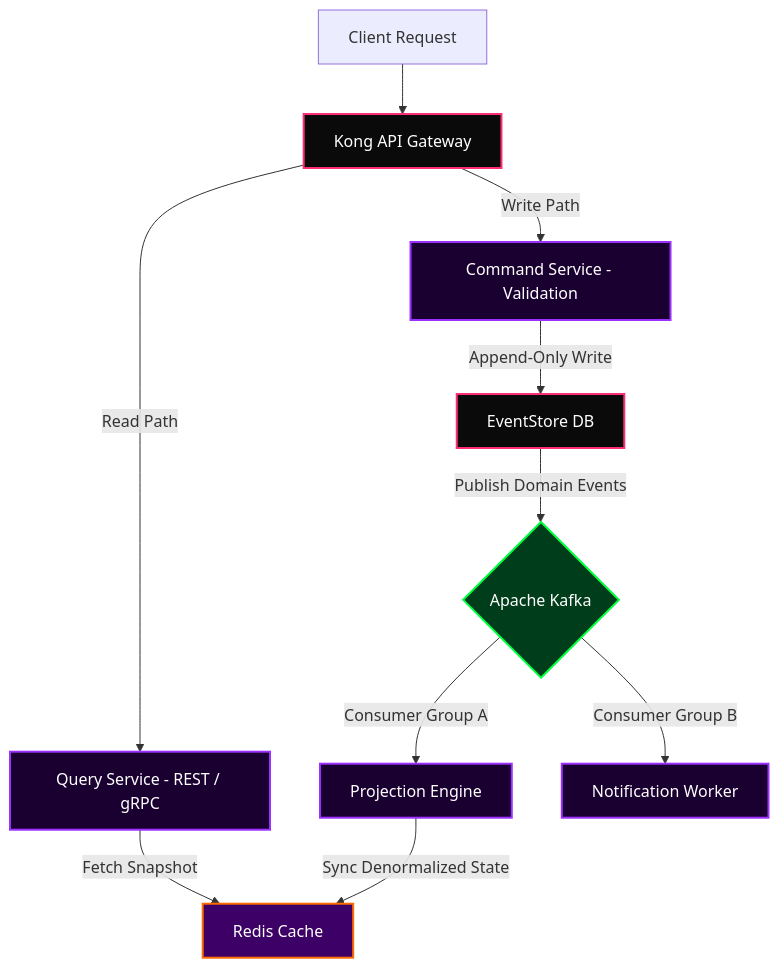
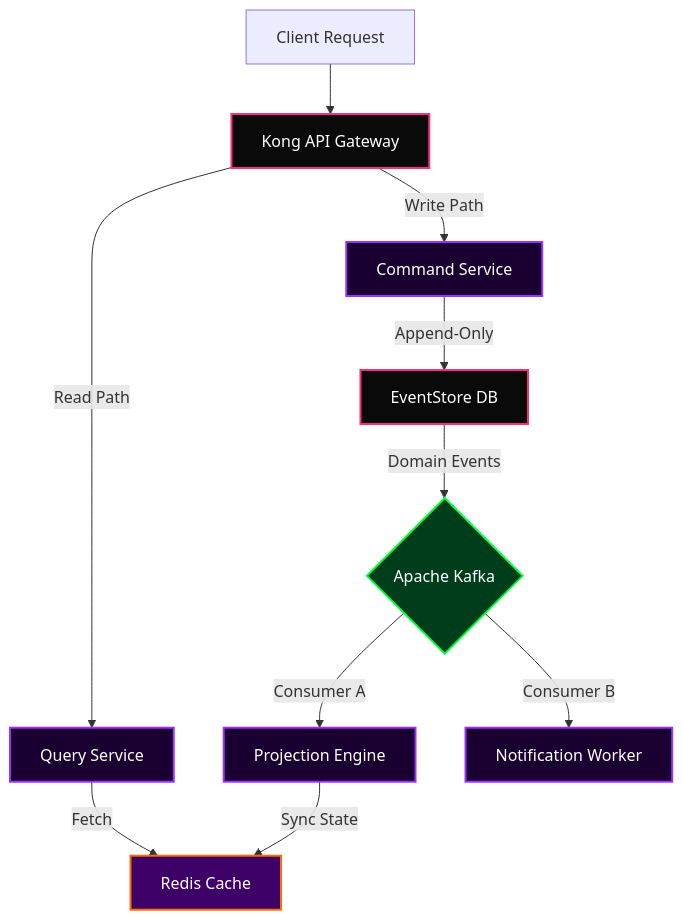
The third of 25 diagrams in README.md (NewNexus001/newnexus001), drawn with Mermaid before and after one commit. The commit also changed other lines of this file, not shown here.

````diff
--- a/README.md
+++ b/README.md
@@ -175,17 +147,17 @@
 ```mermaid
 graph TD
     classDef api fill:#0a0a0a,stroke:#FF2D78,stroke-width:2px,color:#fff
     classDef svc fill:#1a0030,stroke:#9B30FF,stroke-width:2px,color:#fff
-    classDef stream fill:#003d1a,stroke:#00FF41,stroke-width:2px,color:#fff
-    classDef cache fill:#3d0066,stroke:#FF6B00,stroke-width:2px,color:#fff
+    classDef str fill:#003d1a,stroke:#00FF41,stroke-width:2px,color:#fff
+    classDef cch fill:#3d0066,stroke:#FF6B00,stroke-width:2px,color:#fff
 
     CLIENT["Client Request"] --> GW["Kong API Gateway"]:::api
-    GW -->|Read Path| RS["Query Service - REST / gRPC"]:::svc
-    GW -->|Write Path| WS["Command Service - Validation"]:::svc
-    WS -->|Append-Only Write| ES["EventStore DB"]:::api
-    ES -->|Publish Domain Events| K{"Apache Kafka"}:::stream
-    K -->|Consumer Group A| PE["Projection Engine"]:::svc
-    K -->|Consumer Group B| NW["Notification Worker"]:::svc
-    PE -->|Sync Denormalized State| RC["Redis Cache"]:::cache
-    RS -->|Fetch Snapshot| RC
+    GW -->|Read Path| RS["Query Service"]:::svc
+    GW -->|Write Path| WS["Command Service"]:::svc
+    WS -->|Append-Only| ES["EventStore DB"]:::api
+    ES -->|Domain Events| K{"Apache Kafka"}:::str
+    K -->|Consumer A| PE["Projection Engine"]:::svc
+    K -->|Consumer B| NW["Notification Worker"]:::svc
+    PE -->|Sync State| RC["Redis Cache"]:::cch
+    RS -->|Fetch| RC
 ```
````
